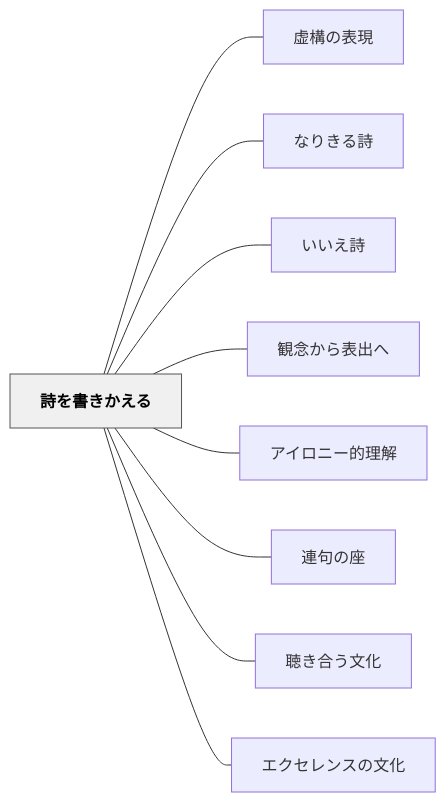
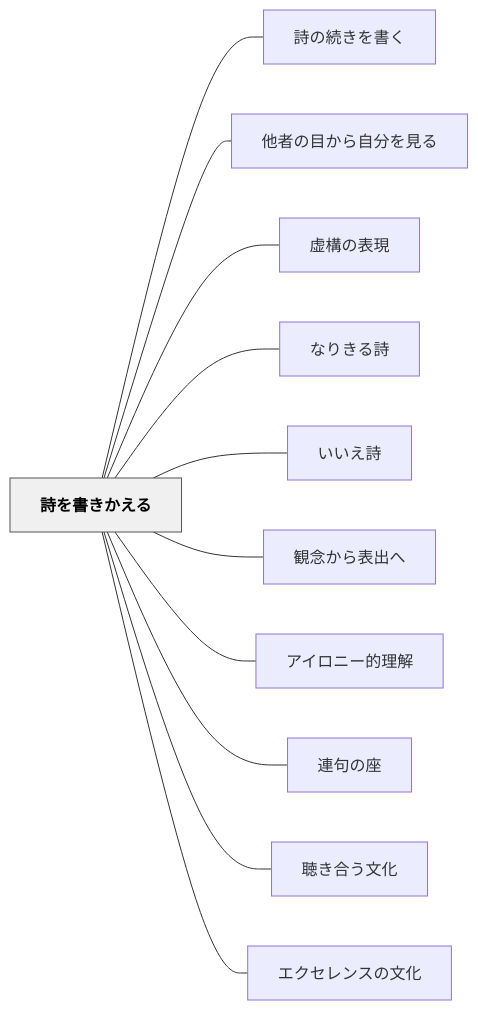
One commit to unknownthings-ed-patterns/unknownthings-ed-patterns changed the diagram in content/パタン/詩を書きかえる.md. Above: the diagram before and after it, drawn with Mermaid. The commit also changed other lines of this file and 473 other files, not shown here.

````diff
--- a/content/パタン/詩を書きかえる.md
+++ b/content/パタン/詩を書きかえる.md
@@ -85,24 +85,28 @@
 ```mermaid
 flowchart LR
     ne8a9a9e38292["詩を書きかえる"]
+    ne8a9a9e381ae["詩の続きを書く"]
+    ne4bb96e88085["他者の目から自分を見る"]
     ne8999ae6a78b["虚構の表現"]
     ne381aae3828a["なりきる詩"]
     ne38184e38184["いいえ詩"]
     ne8a6b3e5bfb5["観念から表出へ"]
     ne382a2e382a4["アイロニー的理解"]
     ne980a3e58fa5["連句の座"]
     ne881b4e3818d["聴き合う文化"]
     ne382a8e382af["エクセレンスの文化"]
 
+    ne8a9a9e38292 --- ne8a9a9e381ae
+    ne8a9a9e38292 --- ne4bb96e88085
     ne8a9a9e38292 --- ne8999ae6a78b
     ne8a9a9e38292 --- ne381aae3828a
     ne8a9a9e38292 --- ne38184e38184
     ne8a9a9e38292 --- ne8a6b3e5bfb5
     ne8a9a9e38292 --- ne382a2e382a4
     ne8a9a9e38292 --- ne980a3e58fa5
     ne8a9a9e38292 --- ne881b4e3818d
     ne8a9a9e38292 --- ne382a8e382af
 
     classDef hub fill:#f0f0f0,stroke:#555,color:#000,font-weight:bold
     class ne8a9a9e38292 hub
 ```
````
